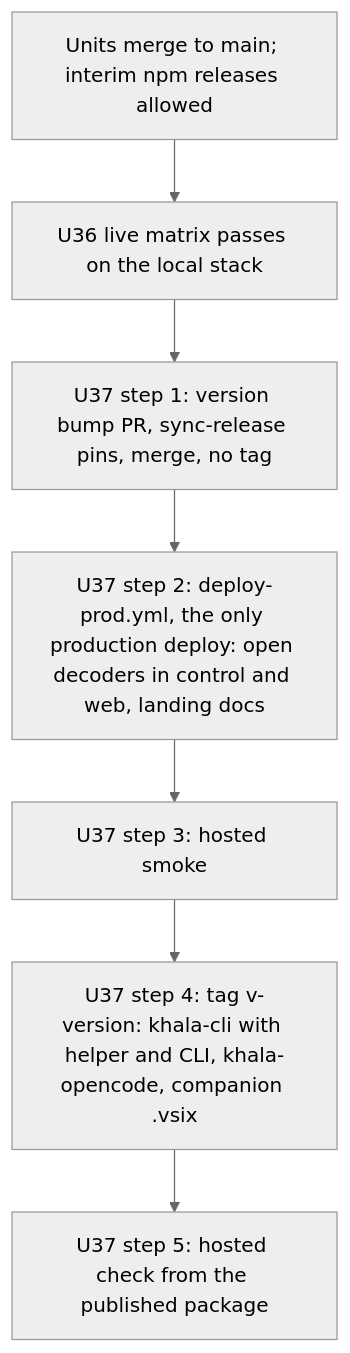
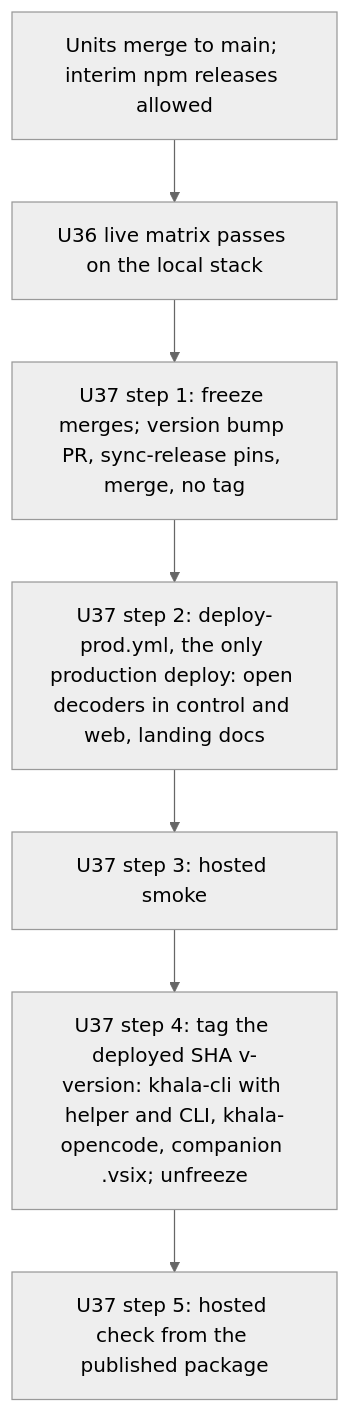
Before and after one commit to aiur-team/khala: the third of 4 diagrams in docs/plans/2026-10-05-001-feat-multi-harness-parity-plan.md, drawn with Mermaid (neutral theme). The commit also changed other lines of this file, not shown here.

````diff
--- a/docs/plans/2026-10-05-001-feat-multi-harness-parity-plan.md
+++ b/docs/plans/2026-10-05-001-feat-multi-harness-parity-plan.md
@@ -372,9 +377,9 @@
 ```mermaid
 flowchart TB
   A["Units merge to main; interim npm releases allowed"] --> B["U36 live matrix passes on the local stack"]
-  B --> C["U37 step 1: version bump PR, sync-release pins, merge, no tag"]
+  B --> C["U37 step 1: freeze merges; version bump PR, sync-release pins, merge, no tag"]
   C --> D["U37 step 2: deploy-prod.yml, the only production deploy: open decoders in control and web, landing docs"]
   D --> E["U37 step 3: hosted smoke"]
-  E --> F["U37 step 4: tag v-version: khala-cli with helper and CLI, khala-opencode, companion .vsix"]
+  E --> F["U37 step 4: tag the deployed SHA v-version: khala-cli with helper and CLI, khala-opencode, companion .vsix; unfreeze"]
   F --> G["U37 step 5: hosted check from the published package"]
 ```
````
